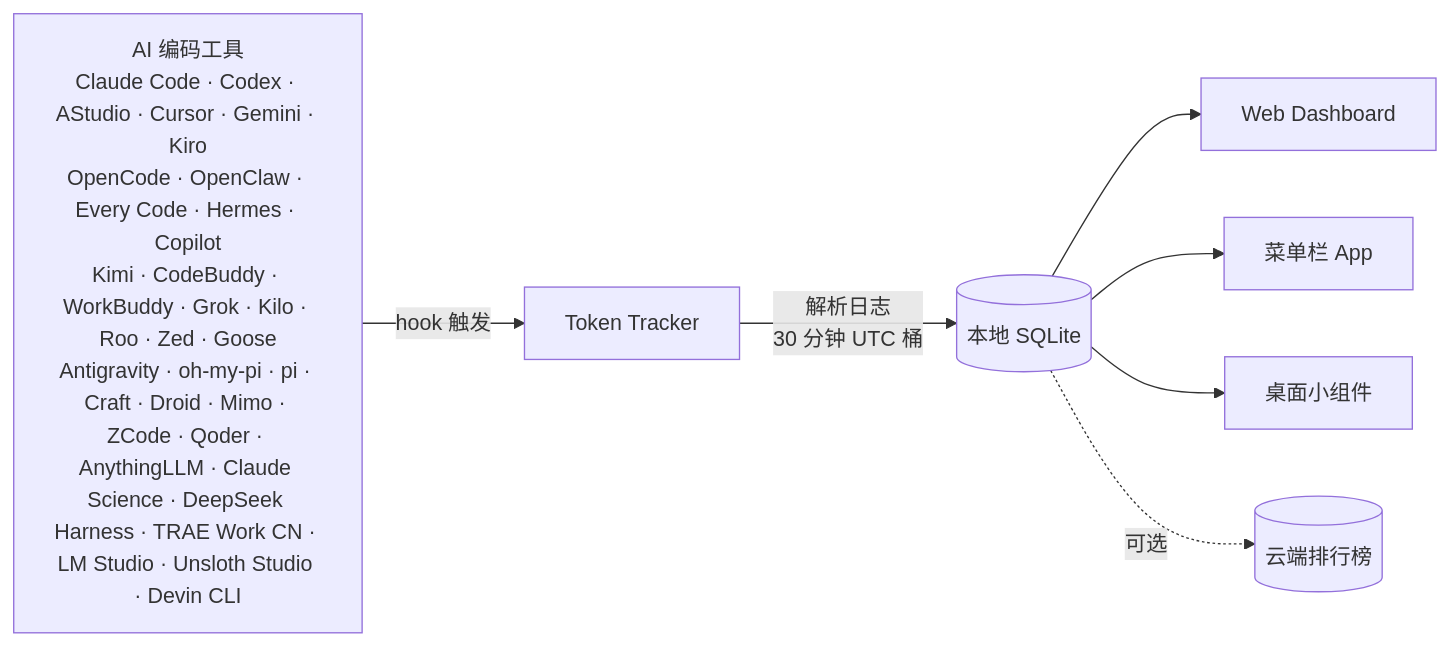
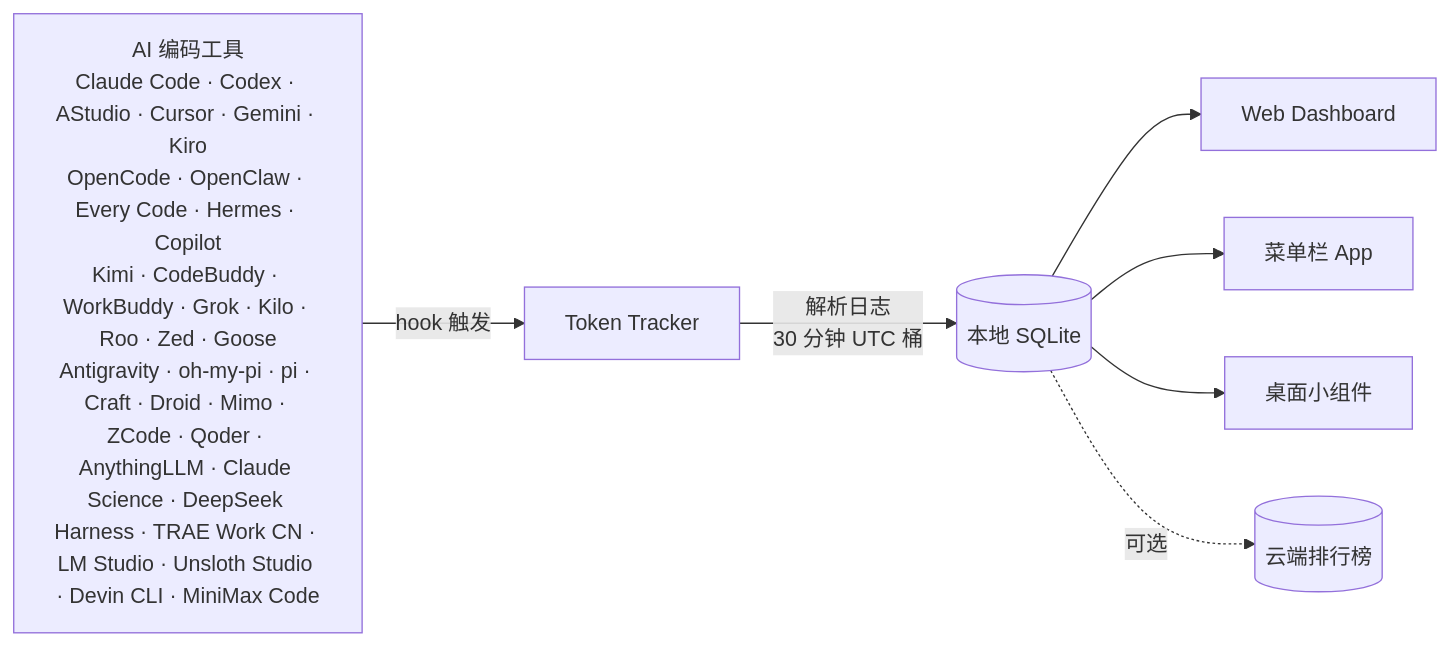
One commit to 1490459250li-hub/TokenTracker changed the diagram in README.zh-CN.md. Above: the diagram before and after it, drawn with Mermaid. The commit also changed other lines of this file and 22 other files, not shown here.

First line of the commit message:
feat: track MiniMax Code usage from local session logs

````diff
--- a/README.zh-CN.md
+++ b/README.zh-CN.md
@@ -245,10 +246,10 @@
 ```mermaid
 flowchart LR
-    A["AI 编码工具<br/>Claude Code · Codex · AStudio · Cursor · Gemini · Kiro<br/>OpenCode · OpenClaw · Every Code · Hermes · Copilot<br/>Kimi · CodeBuddy · WorkBuddy · Grok · Kilo · Roo · Zed · Goose<br/>Antigravity · oh-my-pi · pi · Craft · Droid · Mimo · ZCode · Qoder · AnythingLLM · Claude Science · DeepSeek Harness · TRAE Work CN · LM Studio · Unsloth Studio · Devin CLI"]
+    A["AI 编码工具<br/>Claude Code · Codex · AStudio · Cursor · Gemini · Kiro<br/>OpenCode · OpenClaw · Every Code · Hermes · Copilot<br/>Kimi · CodeBuddy · WorkBuddy · Grok · Kilo · Roo · Zed · Goose<br/>Antigravity · oh-my-pi · pi · Craft · Droid · Mimo · ZCode · Qoder · AnythingLLM · Claude Science · DeepSeek Harness · TRAE Work CN · LM Studio · Unsloth Studio · Devin CLI · MiniMax Code"]
     A -->|hook 触发| B[Token Tracker]
     B -->|解析日志<br/>30 分钟 UTC 桶| C[(本地 SQLite)]
     C --> D[Web Dashboard]
     C --> E[菜单栏 App]
     C --> F[桌面小组件]
     C -.->|可选| G[(云端排行榜)]
 ```
````
